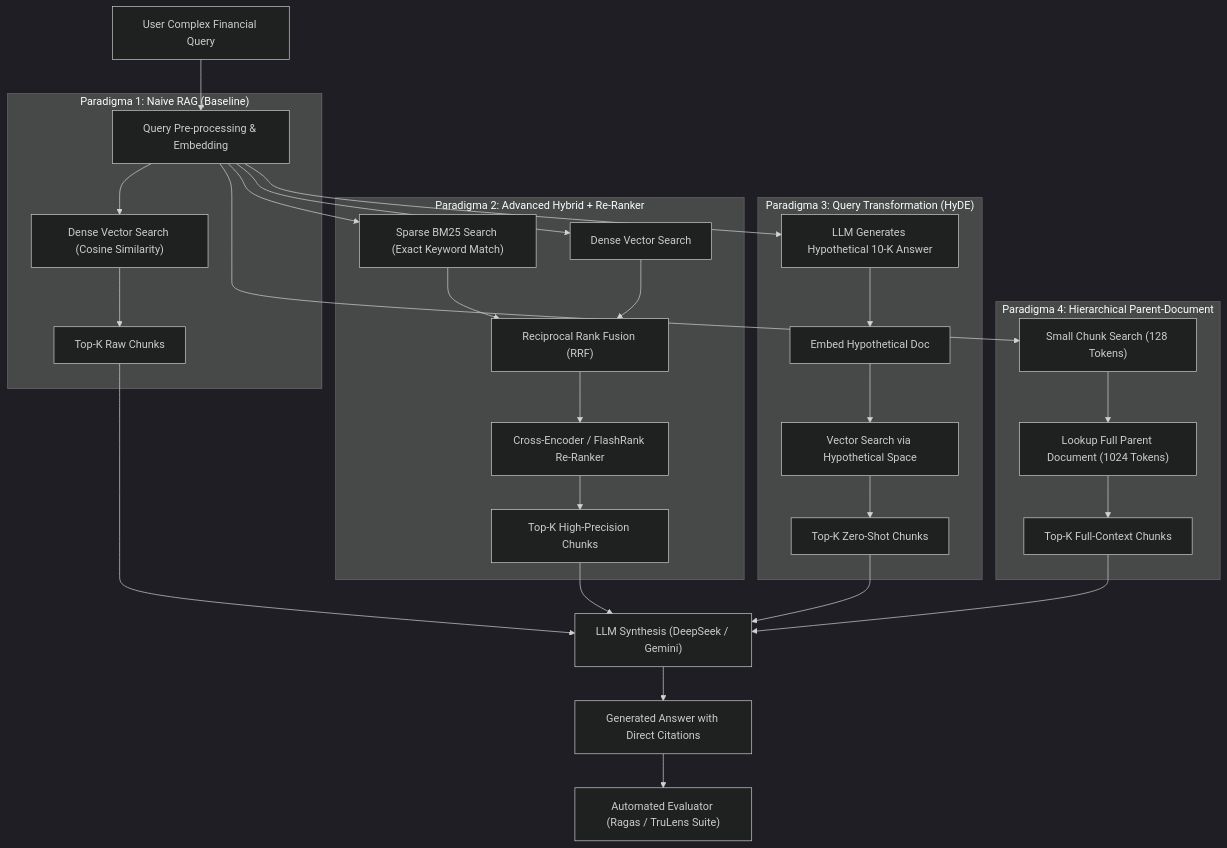
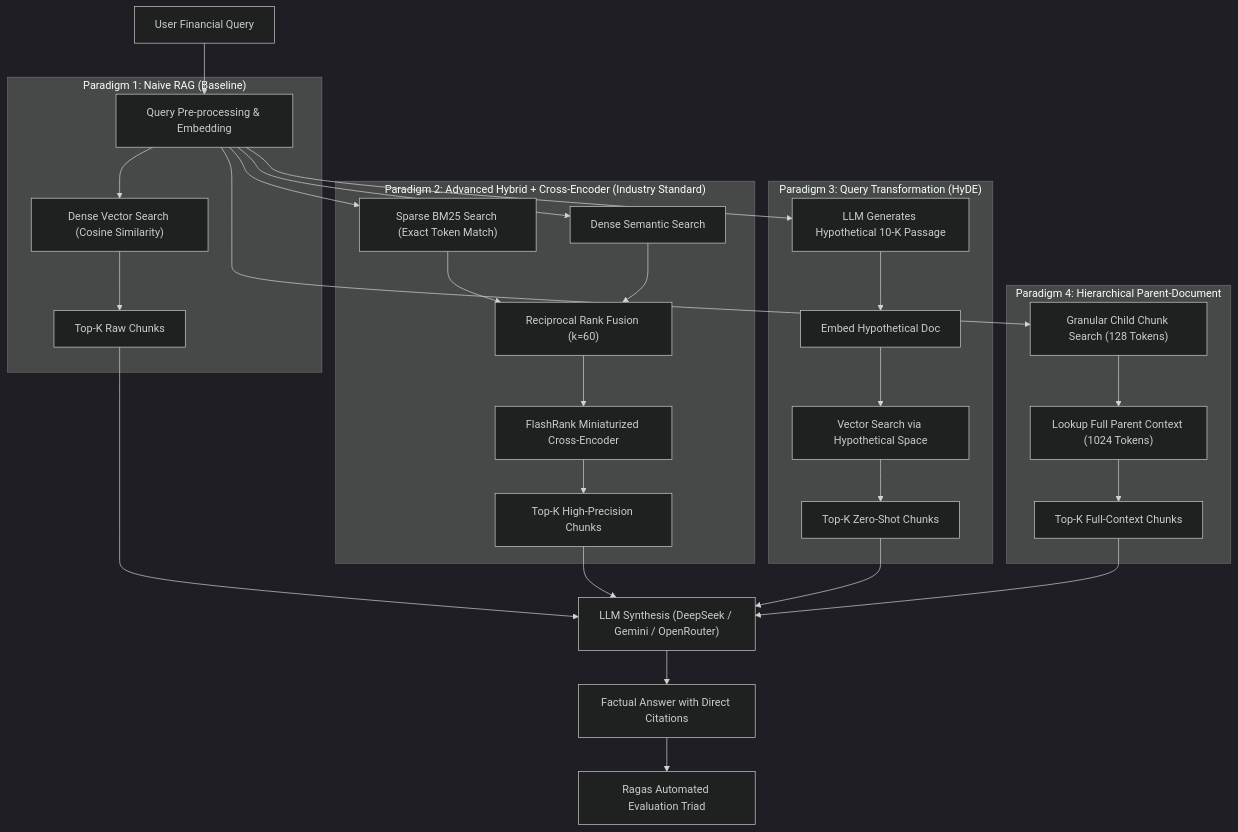
The first of 2 diagrams in README.md (MuhZainur/ragops-benchmark), drawn with Mermaid (dark theme) before and after one commit. The commit also changed other lines of this file, not shown here.

Commit message:
docs: update README to comprehensive full-English documentation with live demo links

````diff
--- a/README.md
+++ b/README.md
@@ -49,34 +61,34 @@
 ```mermaid
 flowchart TD
-    UserQuery["User Complex Financial Query"] --> PreProc["Query Pre-processing & Embedding"]
+    UserQuery["User Financial Query"] --> PreProc["Query Pre-processing & Embedding"]
     
-    subgraph P1["Paradigma 1: Naive RAG (Baseline)"]
+    subgraph P1["Paradigm 1: Naive RAG (Baseline)"]
         PreProc --> DenseOnly["Dense Vector Search (Cosine Similarity)"]
         DenseOnly --> TopK1["Top-K Raw Chunks"]
     end
     
-    subgraph P2["Paradigma 2: Advanced Hybrid + Re-Ranker"]
-        PreProc --> HybridBM25["Sparse BM25 Search (Exact Keyword Match)"]
-        PreProc --> HybridDense["Dense Vector Search"]
-        HybridBM25 & HybridDense --> RRF["Reciprocal Rank Fusion (RRF)"]
-        RRF --> CrossEncoder["Cross-Encoder / FlashRank Re-Ranker"]
+    subgraph P2["Paradigm 2: Advanced Hybrid + Cross-Encoder (Industry Standard)"]
+        PreProc --> HybridBM25["Sparse BM25 Search (Exact Token Match)"]
+        PreProc --> HybridDense["Dense Semantic Search"]
+        HybridBM25 & HybridDense --> RRF["Reciprocal Rank Fusion (k=60)"]
+        RRF --> CrossEncoder["FlashRank Miniaturized Cross-Encoder"]
         CrossEncoder --> TopK2["Top-K High-Precision Chunks"]
     end
     
-    subgraph P3["Paradigma 3: Query Transformation (HyDE)"]
-        PreProc --> HyDE_LLM["LLM Generates Hypothetical 10-K Answer"]
+    subgraph P3["Paradigm 3: Query Transformation (HyDE)"]
+        PreProc --> HyDE_LLM["LLM Generates Hypothetical 10-K Passage"]
         HyDE_LLM --> HyDE_Embed["Embed Hypothetical Doc"]
         HyDE_Embed --> HyDE_Search["Vector Search via Hypothetical Space"]
         HyDE_Search --> TopK3["Top-K Zero-Shot Chunks"]
     end
     
-    subgraph P4["Paradigma 4: Hierarchical Parent-Document"]
-        PreProc --> ChildSearch["Small Chunk Search (128 Tokens)"]
-        ChildSearch --> ParentLookup["Lookup Full Parent Document (1024 Tokens)"]
+    subgraph P4["Paradigm 4: Hierarchical Parent-Document"]
+        PreProc --> ChildSearch["Granular Child Chunk Search (128 Tokens)"]
+        ChildSearch --> ParentLookup["Lookup Full Parent Context (1024 Tokens)"]
         ParentLookup --> TopK4["Top-K Full-Context Chunks"]
     end
 
-    TopK1 & TopK2 & TopK3 & TopK4 --> GenLLM["LLM Synthesis (DeepSeek / Gemini)"]
-    GenLLM --> OutputAnswer["Generated Answer with Direct Citations"]
-    OutputAnswer --> EvalPipeline["Automated Evaluator (Ragas / TruLens Suite)"]
+    TopK1 & TopK2 & TopK3 & TopK4 --> GenLLM["LLM Synthesis (DeepSeek / Gemini / OpenRouter)"]
+    GenLLM --> OutputAnswer["Factual Answer with Direct Citations"]
+    OutputAnswer --> EvalPipeline["Ragas Automated Evaluation Triad"]
 ```
````
